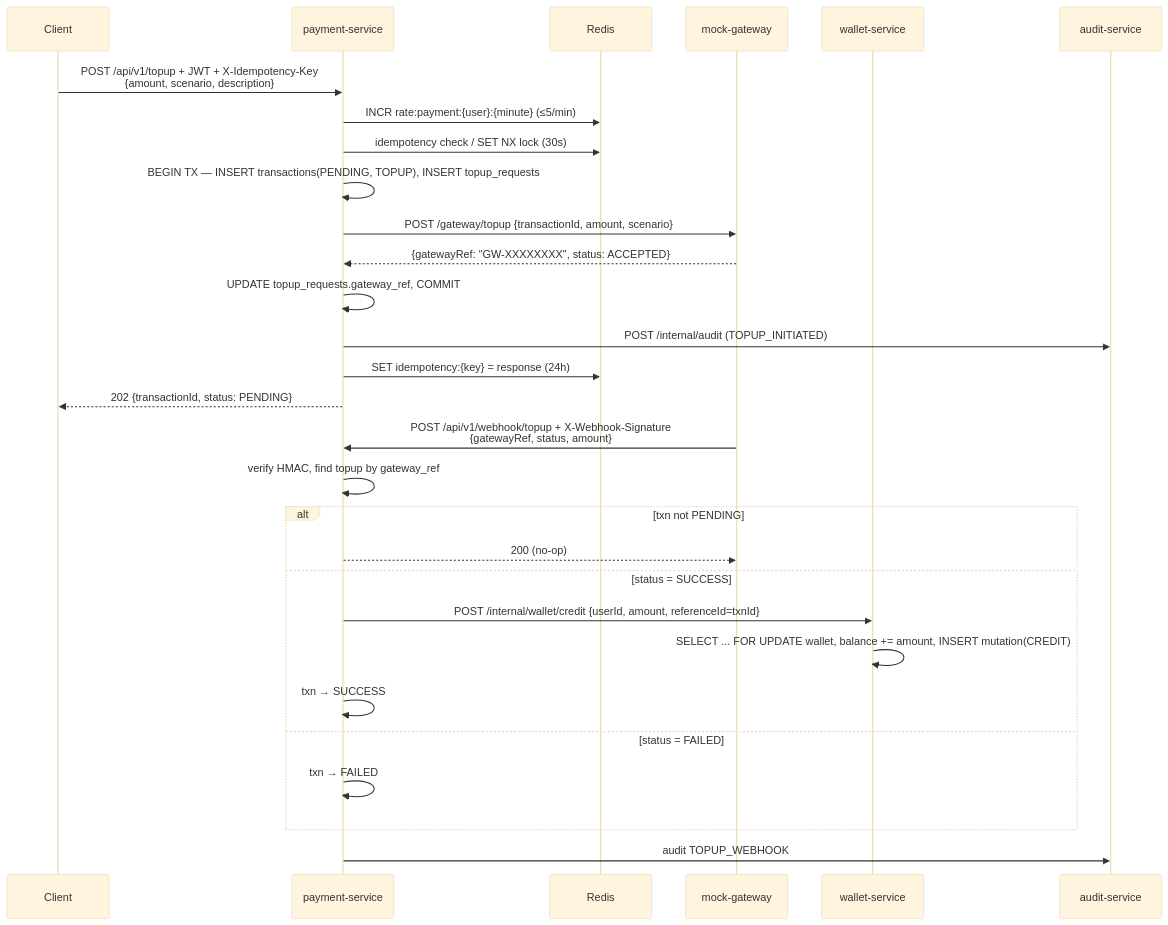
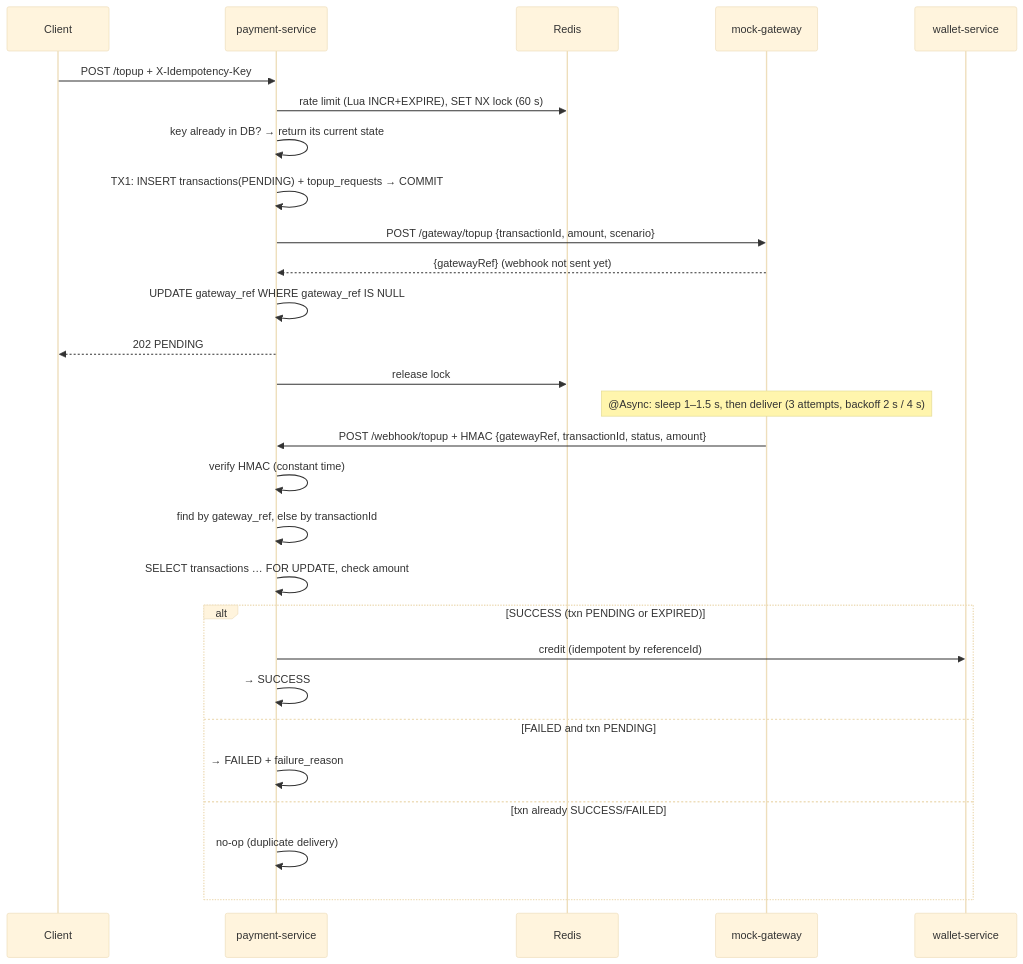
Before and after one commit to lukmnh/monorepo-wallet: the third of 5 diagrams in architecture.md, drawn with Mermaid (base theme). The commit also changed other lines of this file and 71 other files, not shown here.

Commit message:
fix : harden payment flows, auth security and service reliability

````diff
--- a/architecture.md
+++ b/architecture.md
@@ -158,33 +177,32 @@
 ```mermaid
 sequenceDiagram
     participant C as Client
     participant P as payment-service
     participant R as Redis
     participant G as mock-gateway
     participant W as wallet-service
-    participant AU as audit-service
 
-    C->>P: POST /api/v1/topup + JWT + X-Idempotency-Key<br/>{amount, scenario, description}
-    P->>R: INCR rate:payment:{user}:{minute}  (≤5/min)
-    P->>R: idempotency check / SET NX lock (30s)
-    P->>P: BEGIN TX — INSERT transactions(PENDING, TOPUP), INSERT topup_requests
+    C->>P: POST /topup + X-Idempotency-Key
+    P->>R: rate limit (Lua INCR+EXPIRE), SET NX lock (60 s)
+    P->>P: key already in DB? → return its current state
+    P->>P: TX1: INSERT transactions(PENDING) + topup_requests → COMMIT
     P->>G: POST /gateway/topup {transactionId, amount, scenario}
-    G-->>P: {gatewayRef: "GW-XXXXXXXX", status: ACCEPTED}
-    P->>P: UPDATE topup_requests.gateway_ref, COMMIT
-    P->>AU: POST /internal/audit (TOPUP_INITIATED)
-    P->>R: SET idempotency:{key} = response (24h)
-    P-->>C: 202 {transactionId, status: PENDING}
+    G-->>P: {gatewayRef}  (webhook not sent yet)
+    P->>P: UPDATE gateway_ref WHERE gateway_ref IS NULL
+    P-->>C: 202 PENDING
+    P->>R: release lock
 
-    G->>P: POST /api/v1/webhook/topup + X-Webhook-Signature<br/>{gatewayRef, status, amount}
-    P->>P: verify HMAC, find topup by gateway_ref
-    alt txn not PENDING
-        P-->>G: 200 (no-op)
-    else status = SUCCESS
-        P->>W: POST /internal/wallet/credit {userId, amount, referenceId=txnId}
-        W->>W: SELECT ... FOR UPDATE wallet, balance += amount, INSERT mutation(CREDIT)
-        P->>P: txn → SUCCESS
-    else status = FAILED
-        P->>P: txn → FAILED
+    Note over G: @Async: sleep 1–1.5 s, then deliver (3 attempts, backoff 2 s / 4 s)
+    G->>P: POST /webhook/topup + HMAC {gatewayRef, transactionId, status, amount}
+    P->>P: verify HMAC (constant time)
+    P->>P: find by gateway_ref, else by transactionId
+    P->>P: SELECT transactions … FOR UPDATE, check amount
+    alt SUCCESS (txn PENDING or EXPIRED)
+        P->>W: credit (idempotent by referenceId)
+        P->>P: → SUCCESS
+    else FAILED and txn PENDING
+        P->>P: → FAILED + failure_reason
+    else txn already SUCCESS/FAILED
+        P->>P: no-op (duplicate delivery)
     end
-    P->>AU: audit TOPUP_WEBHOOK
 ```
````
